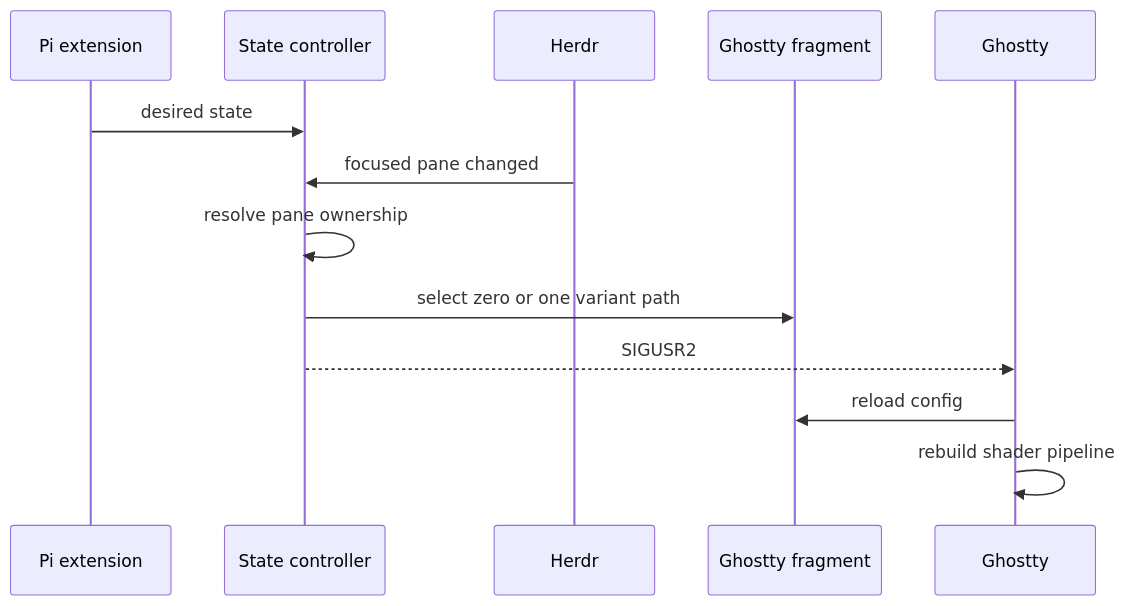
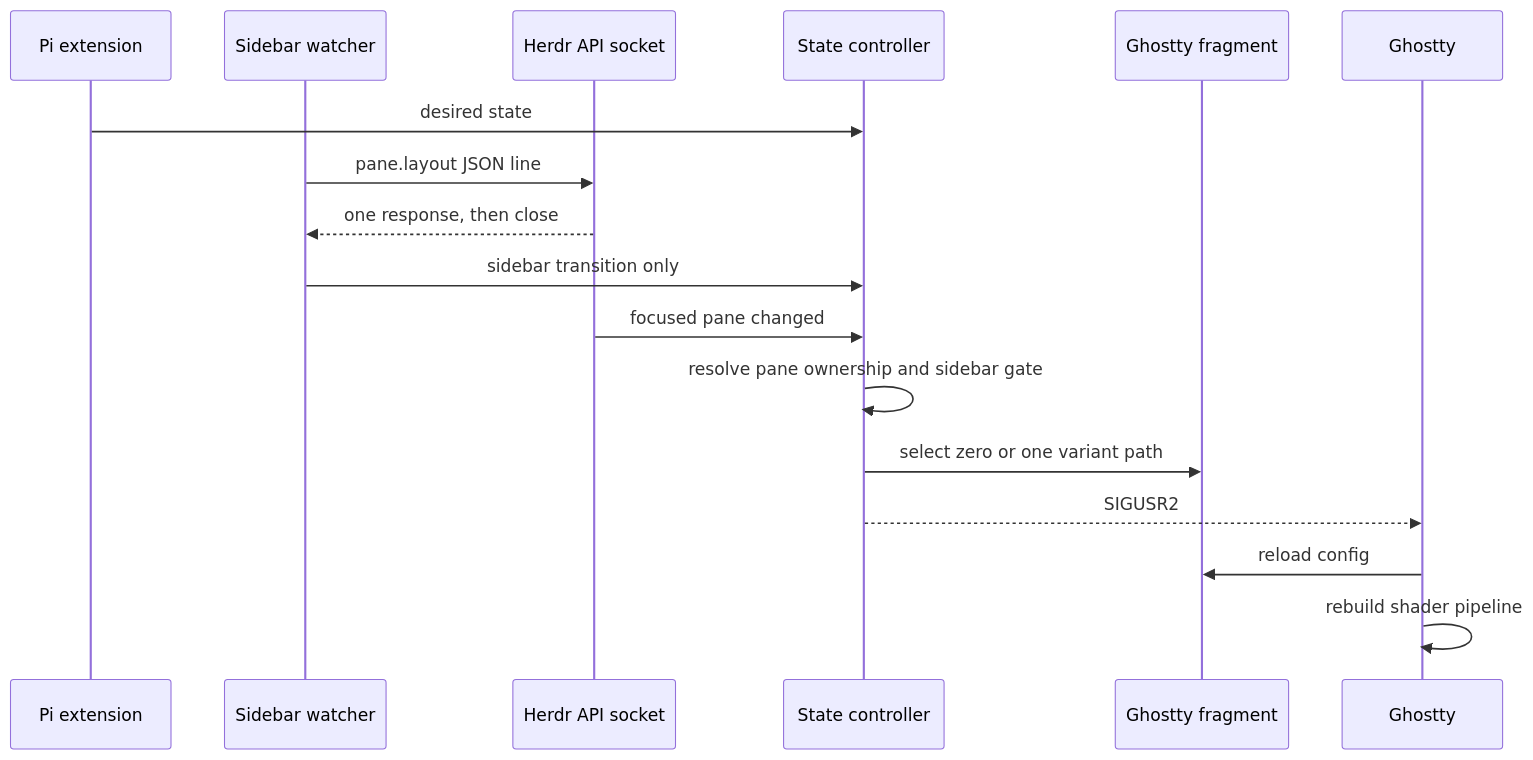
The diagram in ai-artifacts/docs/architecture.md (iurysza/pi-ghost-in-the-machine), drawn with Mermaid before and after one commit. The commit also changed other lines of this file and 11 other files, not shown here.

Commit message:
perf(sidebar): use one Node watcher per Herdr socket

````diff
--- a/ai-artifacts/docs/architecture.md
+++ b/ai-artifacts/docs/architecture.md
@@ -3,16 +3,20 @@
 ```mermaid
 sequenceDiagram
     participant P as Pi extension
+    participant W as Sidebar watcher
+    participant H as Herdr API socket
     participant C as State controller
-    participant H as Herdr
     participant F as Ghostty fragment
     participant G as Ghostty
 
     P->>C: desired state
+    W->>H: pane.layout JSON line
+    H-->>W: one response, then close
+    W->>C: sidebar transition only
     H->>C: focused pane changed
-    C->>C: resolve pane ownership
+    C->>C: resolve pane ownership and sidebar gate
     C->>F: select zero or one variant path
     C-->>G: SIGUSR2
     G->>F: reload config
     G->>G: rebuild shader pipeline
 ```
````
